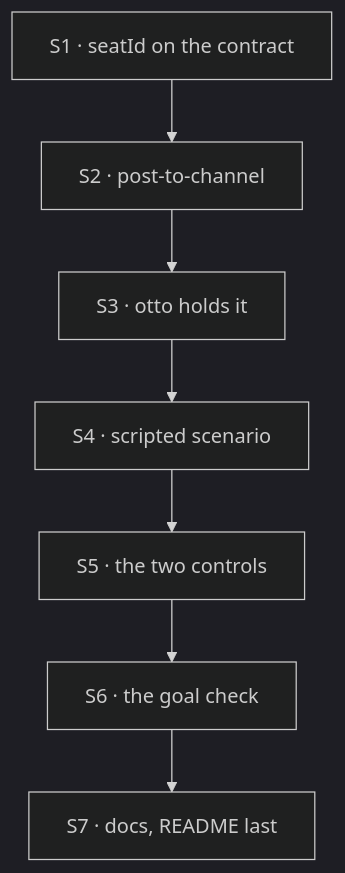
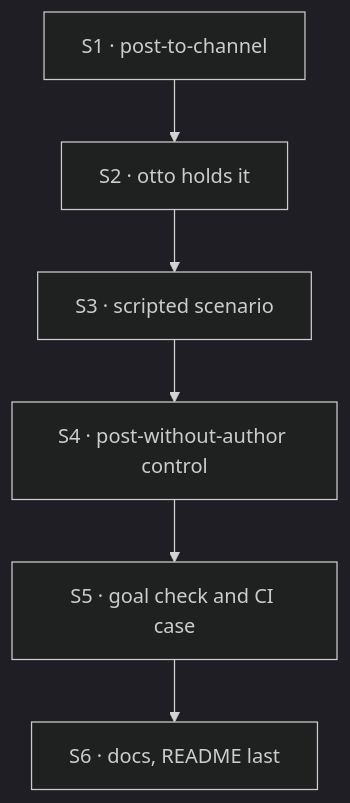
Before and after one commit to fixpoint-labs/flow-state-dev: the diagram in specs/issues/FIX-1594/PLAN.md, drawn with Mermaid (dark theme). The commit also changed other lines of this file and 7 other files, not shown here.

````diff
--- a/specs/issues/FIX-1594/PLAN.md
+++ b/specs/issues/FIX-1594/PLAN.md
@@ -23,9 +23,8 @@
 ```mermaid
 flowchart TD
-  S1["S1 · seatId on the contract"] --> S2["S2 · post-to-channel"]
-  S2 --> S3["S3 · otto holds it"]
-  S3 --> S4["S4 · scripted scenario"]
-  S4 --> S5["S5 · the two controls"]
-  S5 --> S6["S6 · the goal check"]
-  S6 --> S7["S7 · docs, README last"]
+  S1["S1 · post-to-channel"] --> S2["S2 · otto holds it"]
+  S2 --> S3["S3 · scripted scenario"]
+  S3 --> S4["S4 · post-without-author control"]
+  S4 --> S5["S5 · goal check and CI case"]
+  S5 --> S6["S6 · docs, README last"]
 ```
````
